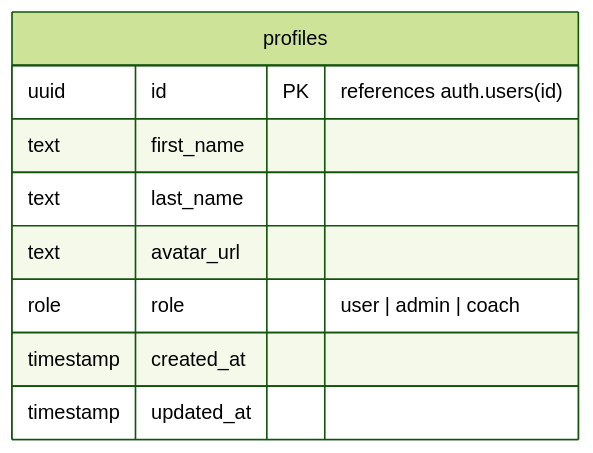
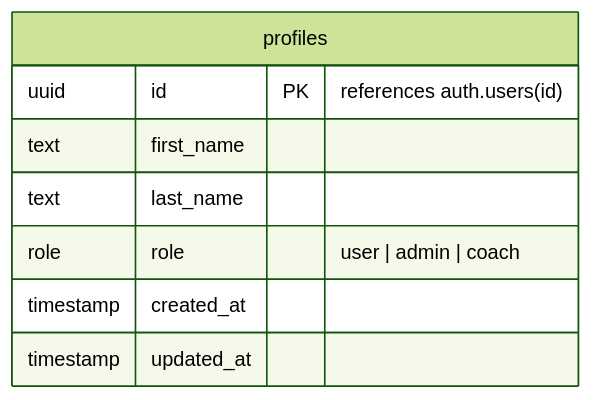
Before and after one commit to hack4impact/mcld-project: the diagram in docs/profiles.md, drawn with Mermaid (forest theme). The commit also changed other lines of this file and 2 other files, not shown here.

````diff
--- a/docs/profiles.md
+++ b/docs/profiles.md
@@ -5,12 +5,11 @@
 ```mermaid
 erDiagram
     profiles {
         uuid id PK "references auth.users(id)"
         text first_name
         text last_name
-        text avatar_url
         role role "user | admin | coach"
         timestamp created_at
         timestamp updated_at
     }
 ```
````
